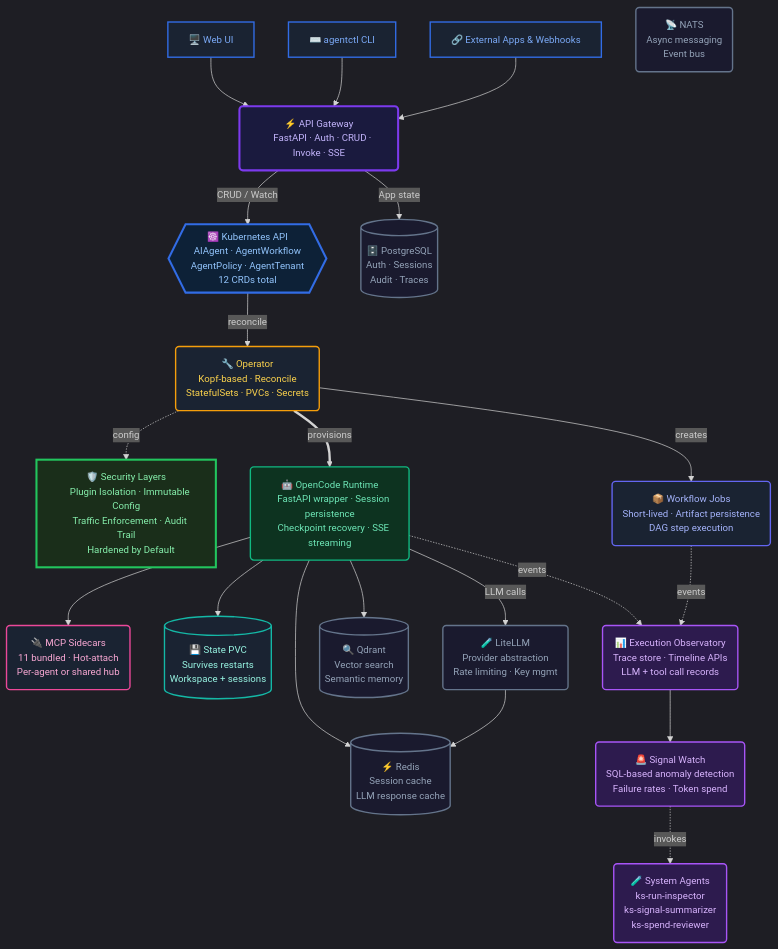
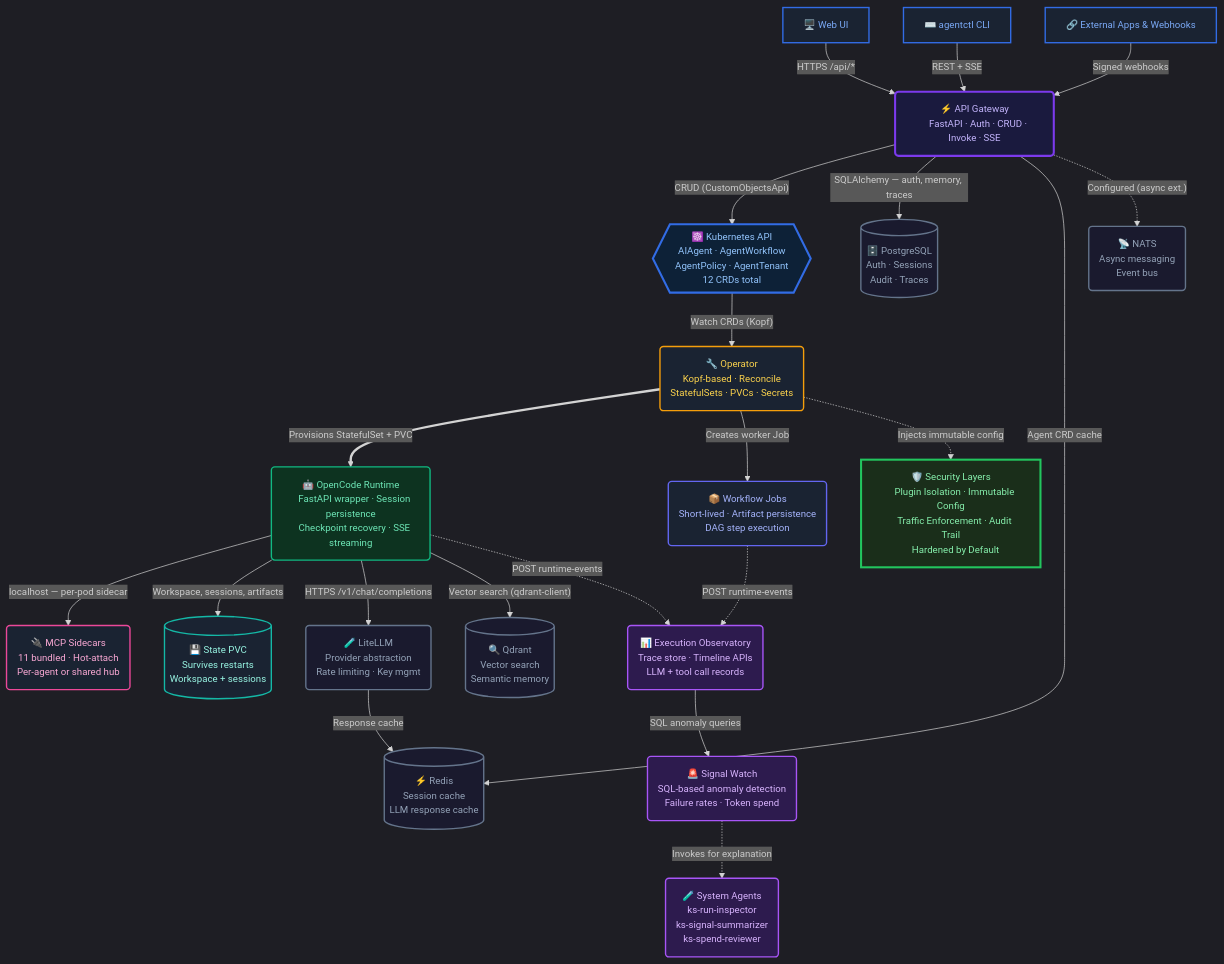
One commit to ykbytes/kubesynapse.ai changed the diagram in docs/architecture-overview.md. Above: the diagram before and after it, drawn with Mermaid. The commit also changed other lines of this file and 3 other files, not shown here.

First line of the commit message:
docs: validate and correct architecture diagram — add labels, fix edges

```diff
--- a/docs/architecture-overview.md
+++ b/docs/architecture-overview.md
@@ -91,32 +91,33 @@
     ks-signal-summarizer
     ks-spend-reviewer"):::intel
 
-    UI --> GW
-    CLI --> GW
-    EXT --> GW
+    UI -->|"HTTPS /api/*"| GW
+    CLI -->|"REST + SSE"| GW
+    EXT -->|"Signed webhooks"| GW
 
-    GW -->|"CRUD / Watch"| K8S
-    GW -->|"App state"| PG
+    GW -->|"CRUD (CustomObjectsApi)"| K8S
+    GW -->|"SQLAlchemy — auth, memory, traces"| PG
+    GW -->|"Agent CRD cache"| REDIS
+    GW -.->|"Configured (async ext.)"| NATS
 
-    K8S -->|"reconcile"| OP
+    K8S -->|"Watch CRDs (Kopf)"| OP
 
-    OP ==>|"provisions"| OC
-    OP -->|"creates"| JOB
-    OP -.->|"config"| SEC
+    OP ==>|"Provisions StatefulSet + PVC"| OC
+    OP -->|"Creates worker Job"| JOB
+    OP -.->|"Injects immutable config"| SEC
 
-    OC --> MCP
-    OC --> PVC
-    OC -->|"LLM calls"| LLM
-    OC --> REDIS
-    OC --> QDRANT
+    OC -->|"localhost — per-pod sidecar"| MCP
+    OC -->|"Workspace, sessions, artifacts"| PVC
+    OC -->|"HTTPS /v1/chat/completions"| LLM
+    OC -->|"Vector search (qdrant-client)"| QDRANT
 
-    LLM --> REDIS
+    LLM -->|"Response cache"| REDIS
 
-    OC -. "events" .-> TRACE
-    JOB -. "events" .-> TRACE
+    OC -.->|"POST runtime-events"| TRACE
+    JOB -.->|"POST runtime-events"| TRACE
 
-    TRACE --> SIGNAL
-    SIGNAL -. "invokes" .-> SYS
+    TRACE -->|"SQL anomaly queries"| SIGNAL
+    SIGNAL -.->|"Invokes for explanation"| SYS
 
     classDef client fill:#1a2332,stroke:#326CE5,stroke-width:2px,color:#7baaf7
     classDef gateway fill:#1a1a3e,stroke:#7c3aed,stroke-width:3px,color:#c4b5fd
```
